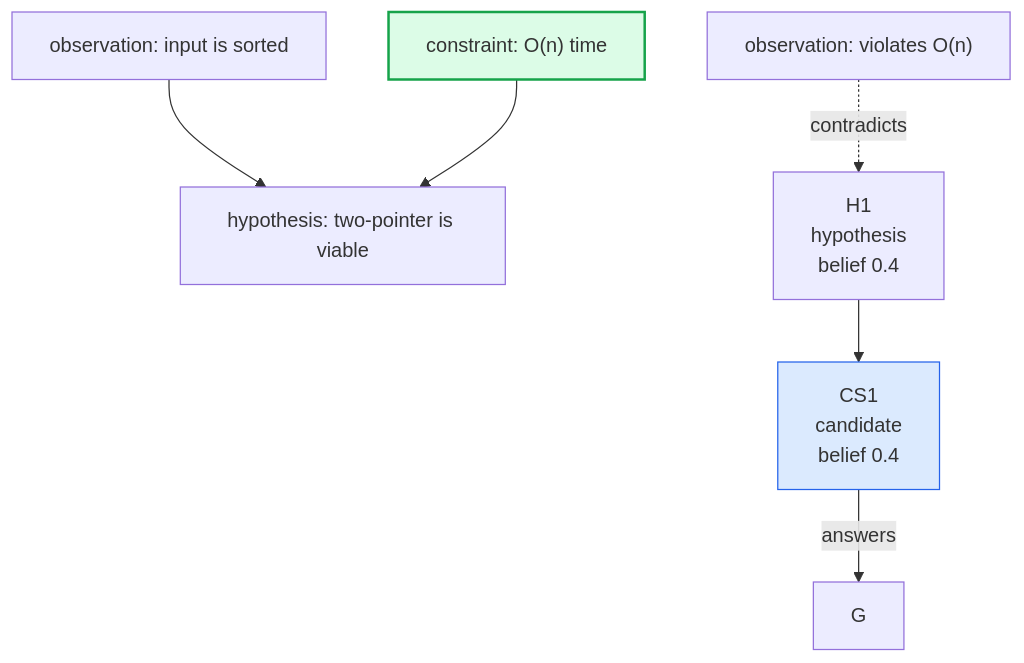
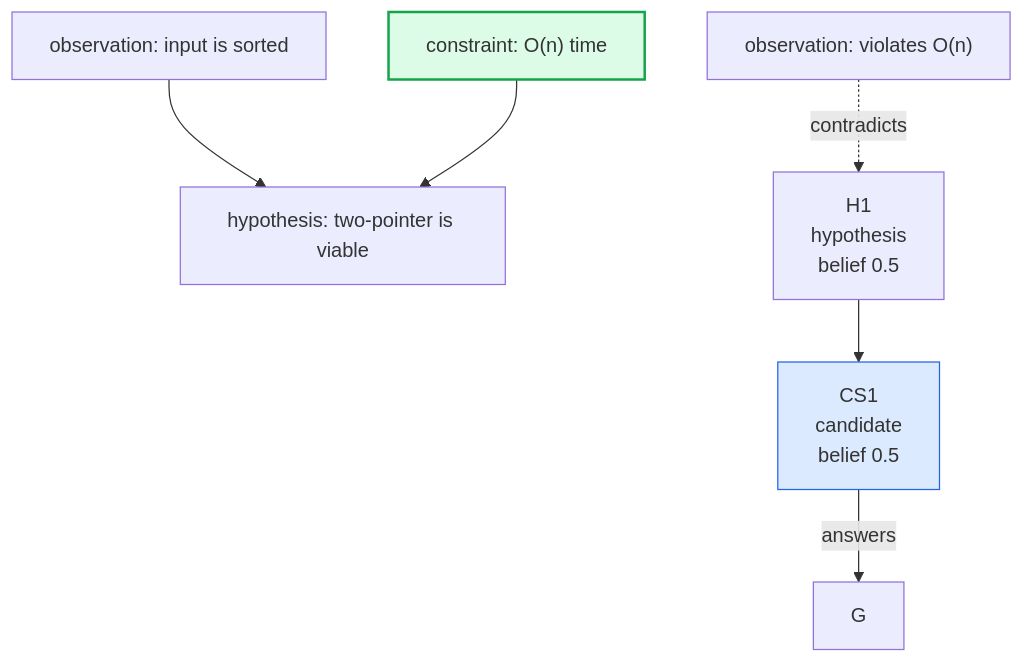
Before and after one commit to xian0x5a/reasoning-graph: the diagram in skills/reasoning-graph/docs/rendering.md, drawn with Mermaid. The commit also changed other lines of this file and 47 other files, not shown here.

````diff
--- a/skills/reasoning-graph/docs/rendering.md
+++ b/skills/reasoning-graph/docs/rendering.md
@@ -117,18 +117,18 @@
 ```mermaid
 flowchart TD
   O1["observation: input is sorted"] --> H2["hypothesis: two-pointer is viable"]
   C1["constraint: O(n) time"] --> H2
-  H1["H1<br/>hypothesis<br/>belief 0.4"] --> CS1["CS1<br/>candidate<br/>belief 0.4"]
+  H1["H1<br/>hypothesis<br/>belief 0.5"] --> CS1["CS1<br/>candidate<br/>belief 0.5"]
   CS1 -- answers --> G
   O2["observation: violates O(n)"] -. contradicts .-> H1
 
   classDef winning fill:#dcfce7,stroke:#16a34a,stroke-width:2px;
   classDef candidate fill:#dbeafe,stroke:#2563eb;
   classDef dim fill:#f3f4f6,stroke:#9ca3af,color:#9ca3af;
   classDef bad fill:#fee2e2,stroke:#dc2626;
 
   class E1,C1,D1 winning;
   class CS1 candidate;
   class A1 dim;
   class E2 bad;
 ```
````
